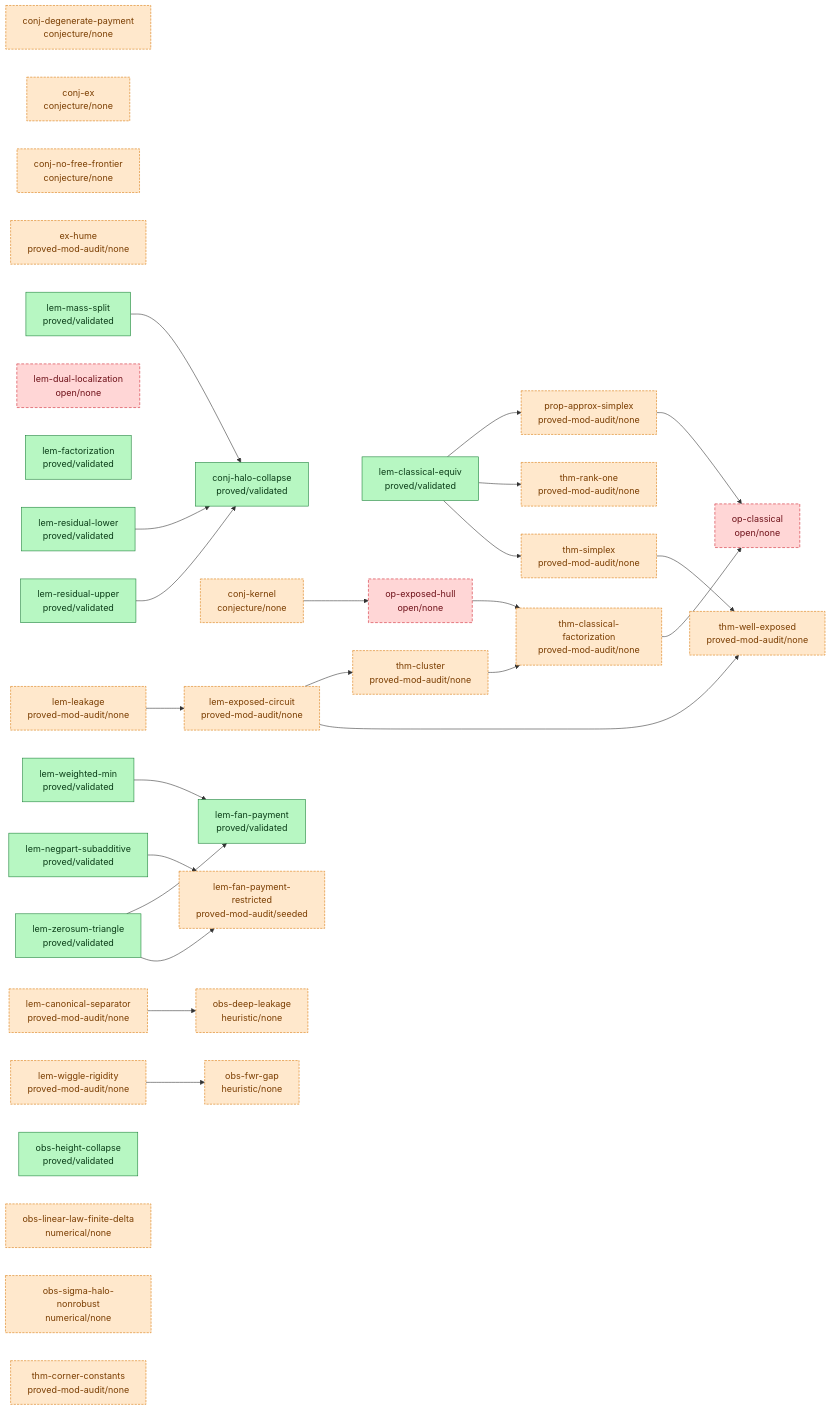
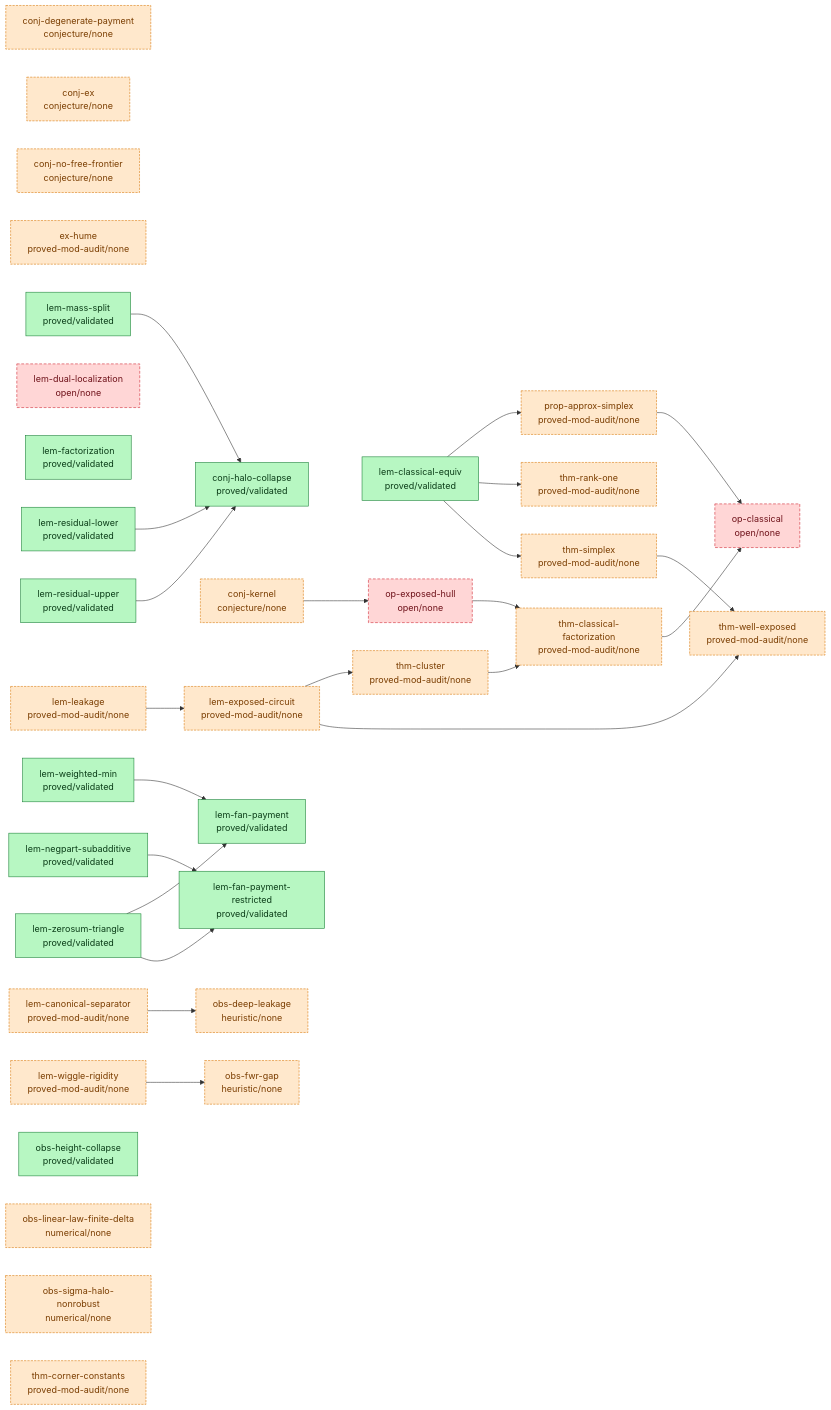
The diagram in argument/DAG.md (tobiasosborne/almost-idempotent-stochastic-maps), drawn with Mermaid before and after one commit. The commit also changed 144 other files, not shown here.

First line of the commit message:
Bank lem-fan-payment-restricted: af-validated (12th rigorous result; SHARP 2+sqrt(2))

````diff
--- a/argument/DAG.md
+++ b/argument/DAG.md
@@ -6,69 +6,69 @@
 ```mermaid
 graph LR
   classDef validated fill:#b7f7c2,stroke:#1a7f37,color:#0b3d18;
   classDef proved fill:#cfe3ff,stroke:#0969da,color:#0a3069;
   classDef seeded fill:#fff3c4,stroke:#bf8700,color:#5a4500;
   classDef stated fill:#eaecef,stroke:#8b949e,color:#24292f;
   classDef cited fill:#e7d6ff,stroke:#8250df,color:#3b1a73;
   classDef nonrigorous fill:#ffe8cc,stroke:#d97706,color:#7a3d00,stroke-dasharray:4 2;
   classDef open fill:#ffd6d6,stroke:#cf222e,color:#6e1119,stroke-dasharray:5 3;
   conj-degenerate-payment["conj-degenerate-payment<br/>conjecture/none"]
   conj-ex["conj-ex<br/>conjecture/none"]
   conj-halo-collapse["conj-halo-collapse<br/>proved/validated"]
   conj-kernel["conj-kernel<br/>conjecture/none"]
   conj-no-free-frontier["conj-no-free-frontier<br/>conjecture/none"]
   ex-hume["ex-hume<br/>proved-mod-audit/none"]
   lem-canonical-separator["lem-canonical-separator<br/>proved-mod-audit/none"]
   lem-classical-equiv["lem-classical-equiv<br/>proved/validated"]
   lem-dual-localization["lem-dual-localization<br/>open/none"]
   lem-exposed-circuit["lem-exposed-circuit<br/>proved-mod-audit/none"]
   lem-factorization["lem-factorization<br/>proved/validated"]
   lem-fan-payment["lem-fan-payment<br/>proved/validated"]
-  lem-fan-payment-restricted["lem-fan-payment-restricted<br/>proved-mod-audit/seeded"]
+  lem-fan-payment-restricted["lem-fan-payment-restricted<br/>proved/validated"]
   lem-leakage["lem-leakage<br/>proved-mod-audit/none"]
   lem-mass-split["lem-mass-split<br/>proved/validated"]
   lem-negpart-subadditive["lem-negpart-subadditive<br/>proved/validated"]
   lem-residual-lower["lem-residual-lower<br/>proved/validated"]
   lem-residual-upper["lem-residual-upper<br/>proved/validated"]
   lem-weighted-min["lem-weighted-min<br/>proved/validated"]
   lem-wiggle-rigidity["lem-wiggle-rigidity<br/>proved-mod-audit/none"]
   lem-zerosum-triangle["lem-zerosum-triangle<br/>proved/validated"]
   obs-deep-leakage["obs-deep-leakage<br/>heuristic/none"]
   obs-fwr-gap["obs-fwr-gap<br/>heuristic/none"]
   obs-height-collapse["obs-height-collapse<br/>proved/validated"]
   obs-linear-law-finite-delta["obs-linear-law-finite-delta<br/>numerical/none"]
   obs-sigma-halo-nonrobust["obs-sigma-halo-nonrobust<br/>numerical/none"]
   op-classical["op-classical<br/>open/none"]
   op-exposed-hull["op-exposed-hull<br/>open/none"]
   prop-approx-simplex["prop-approx-simplex<br/>proved-mod-audit/none"]
   thm-classical-factorization["thm-classical-factorization<br/>proved-mod-audit/none"]
   thm-cluster["thm-cluster<br/>proved-mod-audit/none"]
   thm-corner-constants["thm-corner-constants<br/>proved-mod-audit/none"]
   thm-rank-one["thm-rank-one<br/>proved-mod-audit/none"]
   thm-simplex["thm-simplex<br/>proved-mod-audit/none"]
   thm-well-exposed["thm-well-exposed<br/>proved-mod-audit/none"]
   conj-kernel --> op-exposed-hull
   lem-canonical-separator --> obs-deep-leakage
   lem-classical-equiv --> prop-approx-simplex
   lem-classical-equiv --> thm-rank-one
   lem-classical-equiv --> thm-simplex
   lem-exposed-circuit --> thm-cluster
   lem-exposed-circuit --> thm-well-exposed
   lem-leakage --> lem-exposed-circuit
   lem-mass-split --> conj-halo-collapse
   lem-negpart-subadditive --> lem-fan-payment-restricted
   lem-residual-lower --> conj-halo-collapse
   lem-residual-upper --> conj-halo-collapse
   lem-weighted-min --> lem-fan-payment
   lem-wiggle-rigidity --> obs-fwr-gap
   lem-zerosum-triangle --> lem-fan-payment
   lem-zerosum-triangle --> lem-fan-payment-restricted
   op-exposed-hull --> thm-classical-factorization
   prop-approx-simplex --> op-classical
   thm-classical-factorization --> op-classical
   thm-cluster --> thm-classical-factorization
   thm-simplex --> thm-well-exposed
-  class conj-halo-collapse,lem-classical-equiv,lem-factorization,lem-fan-payment,lem-mass-split,lem-negpart-subadditive,lem-residual-lower,lem-residual-upper,lem-weighted-min,lem-zerosum-triangle,obs-height-collapse validated;
-  class conj-degenerate-payment,conj-ex,conj-kernel,conj-no-free-frontier,ex-hume,lem-canonical-separator,lem-exposed-circuit,lem-fan-payment-restricted,lem-leakage,lem-wiggle-rigidity,obs-deep-leakage,obs-fwr-gap,obs-linear-law-finite-delta,obs-sigma-halo-nonrobust,prop-approx-simplex,thm-classical-factorization,thm-cluster,thm-corner-constants,thm-rank-one,thm-simplex,thm-well-exposed nonrigorous;
+  class conj-halo-collapse,lem-classical-equiv,lem-factorization,lem-fan-payment,lem-fan-payment-restricted,lem-mass-split,lem-negpart-subadditive,lem-residual-lower,lem-residual-upper,lem-weighted-min,lem-zerosum-triangle,obs-height-collapse validated;
+  class conj-degenerate-payment,conj-ex,conj-kernel,conj-no-free-frontier,ex-hume,lem-canonical-separator,lem-exposed-circuit,lem-leakage,lem-wiggle-rigidity,obs-deep-leakage,obs-fwr-gap,obs-linear-law-finite-delta,obs-sigma-halo-nonrobust,prop-approx-simplex,thm-classical-factorization,thm-cluster,thm-corner-constants,thm-rank-one,thm-simplex,thm-well-exposed nonrigorous;
   class lem-dual-localization,op-classical,op-exposed-hull open;
 ```
````
